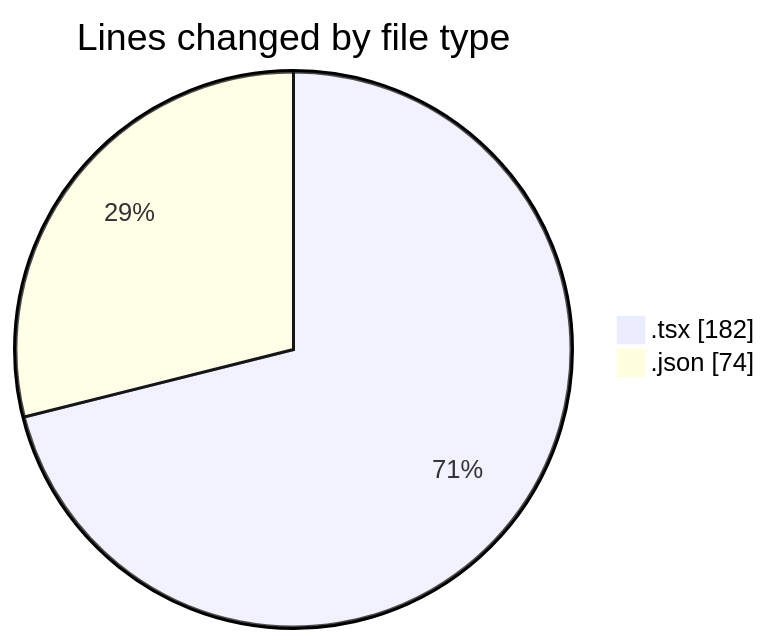
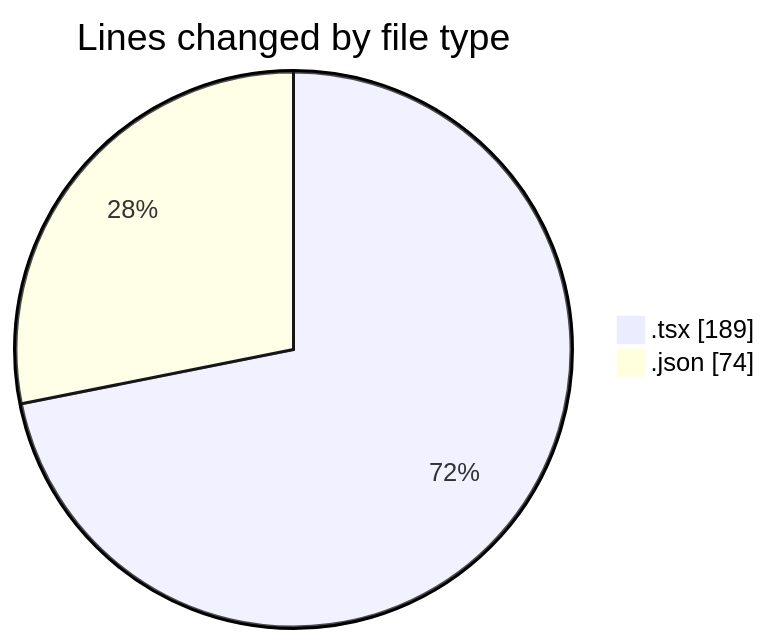
One commit to momahboobian/code-tracking changed the first of 2 diagrams in 2025-04-08/cda/README.md. Above: the diagram before and after it, drawn with Mermaid. The commit also changed other lines of this file and 1 other file, not shown here.

````diff
--- a/2025-04-08/cda/README.md
+++ b/2025-04-08/cda/README.md
@@ -21,6 +21,6 @@
 ```mermaid
 pie showData
 title Lines changed by file type
-".tsx" : 182
+".tsx" : 189
 ".json" : 74
 ```
````
